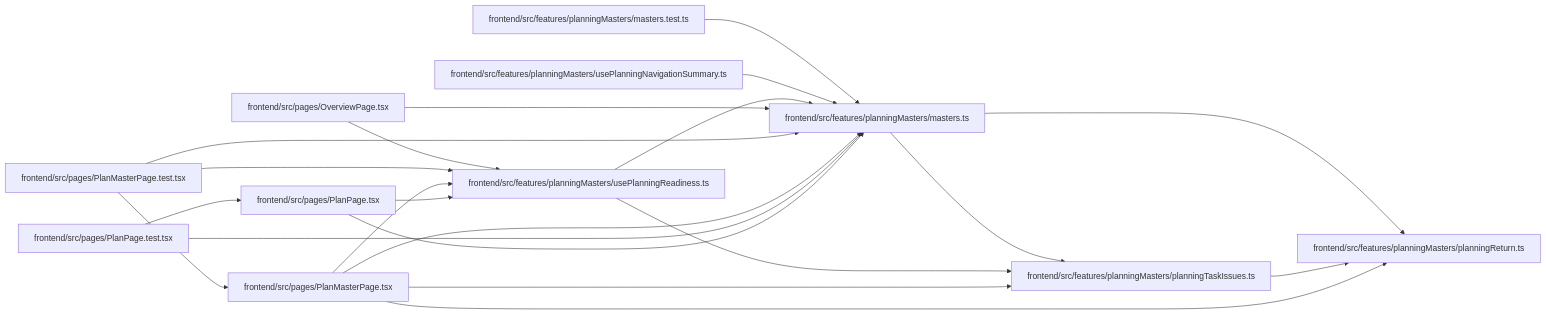
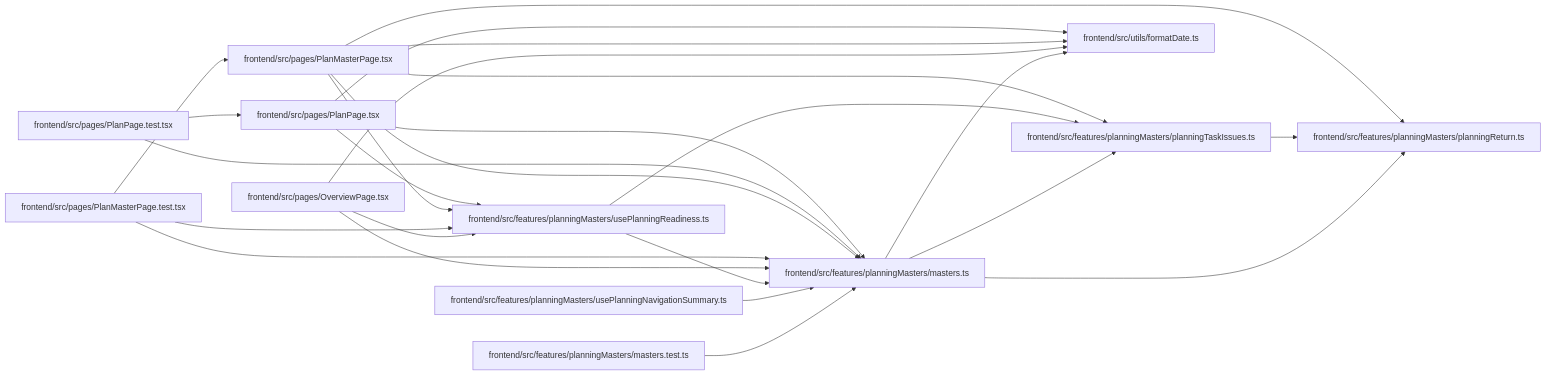
One commit to Denissvgn/WorkChord changed the diagram in docs/llm_wiki/modules/planningMasters_masters.md. Above: the diagram before and after it, drawn with Mermaid. The commit also changed other lines of this file and 434 other files, not shown here.

````diff
--- a/docs/llm_wiki/modules/planningMasters_masters.md
+++ b/docs/llm_wiki/modules/planningMasters_masters.md
@@ -28,45 +29,51 @@
 ```mermaid
 flowchart LR
     n0["frontend/src/features/planningMasters/masters.test.ts"]
     n1["frontend/src/features/planningMasters/masters.ts"]
     n2["frontend/src/features/planningMasters/planningReturn.ts"]
     n3["frontend/src/features/planningMasters/planningTaskIssues.ts"]
     n4["frontend/src/features/planningMasters/usePlanningNavigationSummary.ts"]
     n5["frontend/src/features/planningMasters/usePlanningReadiness.ts"]
     n6["frontend/src/pages/OverviewPage.tsx"]
     n7["frontend/src/pages/PlanMasterPage.test.tsx"]
     n8["frontend/src/pages/PlanMasterPage.tsx"]
     n9["frontend/src/pages/PlanPage.test.tsx"]
     n10["frontend/src/pages/PlanPage.tsx"]
+    n11["frontend/src/utils/formatDate.ts"]
     n0 --> n1
     n1 --> n2
     n1 --> n3
+    n1 --> n11
     n3 --> n2
     n4 --> n1
     n5 --> n1
     n5 --> n3
     n6 --> n1
     n6 --> n5
+    n6 --> n11
     n7 --> n1
     n7 --> n5
     n7 --> n8
     n8 --> n1
     n8 --> n2
     n8 --> n3
     n8 --> n5
+    n8 --> n11
     n9 --> n1
     n9 --> n10
     n10 --> n1
     n10 --> n5
+    n10 --> n11
     click n0 "../modules/planningMasters_masters.test.md"
     click n1 "../modules/planningMasters_masters.md"
     click n2 "../modules/planningReturn.md"
     click n3 "../modules/planningTaskIssues.md"
     click n4 "../modules/usePlanningNavigationSummary.md"
     click n5 "../modules/usePlanningReadiness.md"
     click n6 "../modules/OverviewPage.md"
     click n7 "../modules/PlanMasterPage.test.md"
     click n8 "../modules/PlanMasterPage.md"
     click n9 "../modules/PlanPage.test.md"
     click n10 "../modules/PlanPage.md"
+    click n11 "../modules/formatDate.md"
 ```
````
